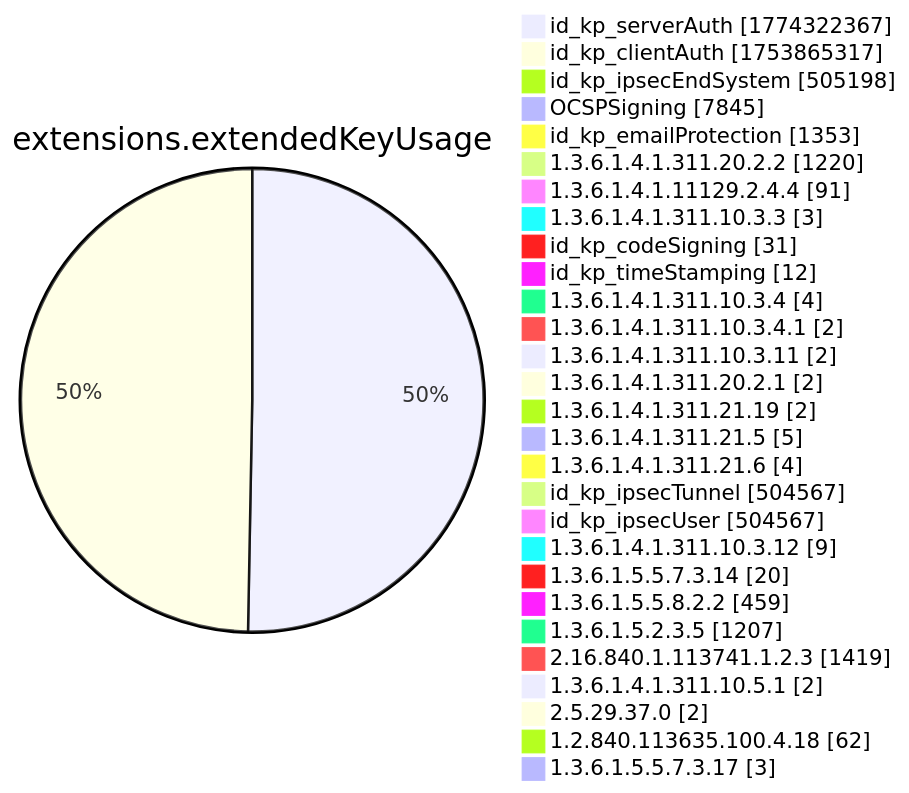
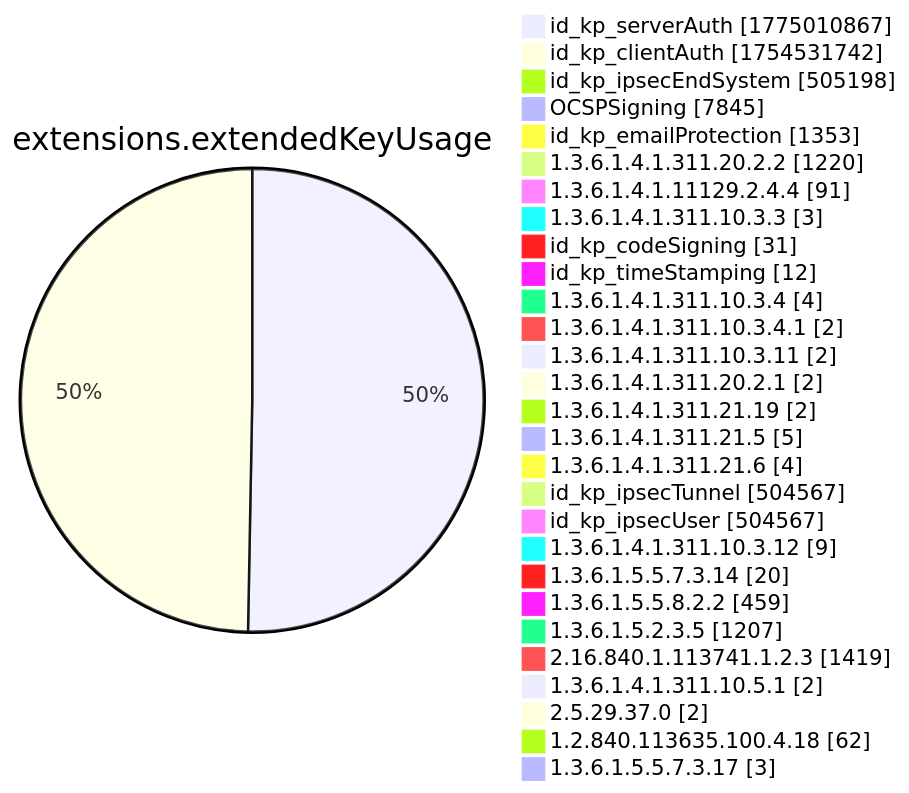
One commit to christiankrug/ctmonitor_visualization changed diagram 12 of 15 in xenon2022/README.md. Above: the diagram before and after it, drawn with Mermaid. The commit also changed other lines of this file, not shown here.

````diff
--- a/xenon2022/README.md
+++ b/xenon2022/README.md
@@ -3893,32 +3893,32 @@
 ```mermaid
 pie showData
 title extensions.extendedKeyUsage
-"id_kp_serverAuth" :1774322367
-"id_kp_clientAuth" :1753865317
+"id_kp_serverAuth" :1775010867
+"id_kp_clientAuth" :1754531742
 "id_kp_ipsecEndSystem" :505198
 "OCSPSigning" :7845
 "id_kp_emailProtection" :1353
 "1.3.6.1.4.1.311.20.2.2" :1220
 "1.3.6.1.4.1.11129.2.4.4" :91
 "1.3.6.1.4.1.311.10.3.3" :3
 "id_kp_codeSigning" :31
 "id_kp_timeStamping" :12
 "1.3.6.1.4.1.311.10.3.4" :4
 "1.3.6.1.4.1.311.10.3.4.1" :2
 "1.3.6.1.4.1.311.10.3.11" :2
 "1.3.6.1.4.1.311.20.2.1" :2
 "1.3.6.1.4.1.311.21.19" :2
 "1.3.6.1.4.1.311.21.5" :5
 "1.3.6.1.4.1.311.21.6" :4
 "id_kp_ipsecTunnel" :504567
 "id_kp_ipsecUser" :504567
 "1.3.6.1.4.1.311.10.3.12" :9
 "1.3.6.1.5.5.7.3.14" :20
 "1.3.6.1.5.5.8.2.2" :459
 "1.3.6.1.5.2.3.5" :1207
 "2.16.840.1.113741.1.2.3" :1419
 "1.3.6.1.4.1.311.10.5.1" :2
 "2.5.29.37.0" :2
 "1.2.840.113635.100.4.18" :62
 "1.3.6.1.5.5.7.3.17" :3
 ```
````
